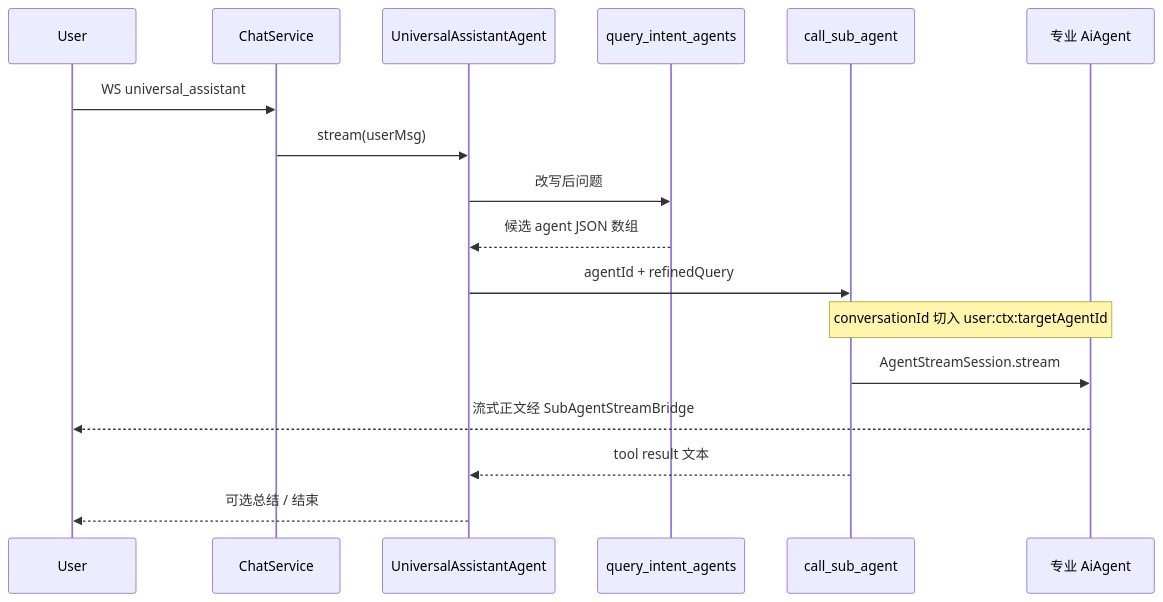
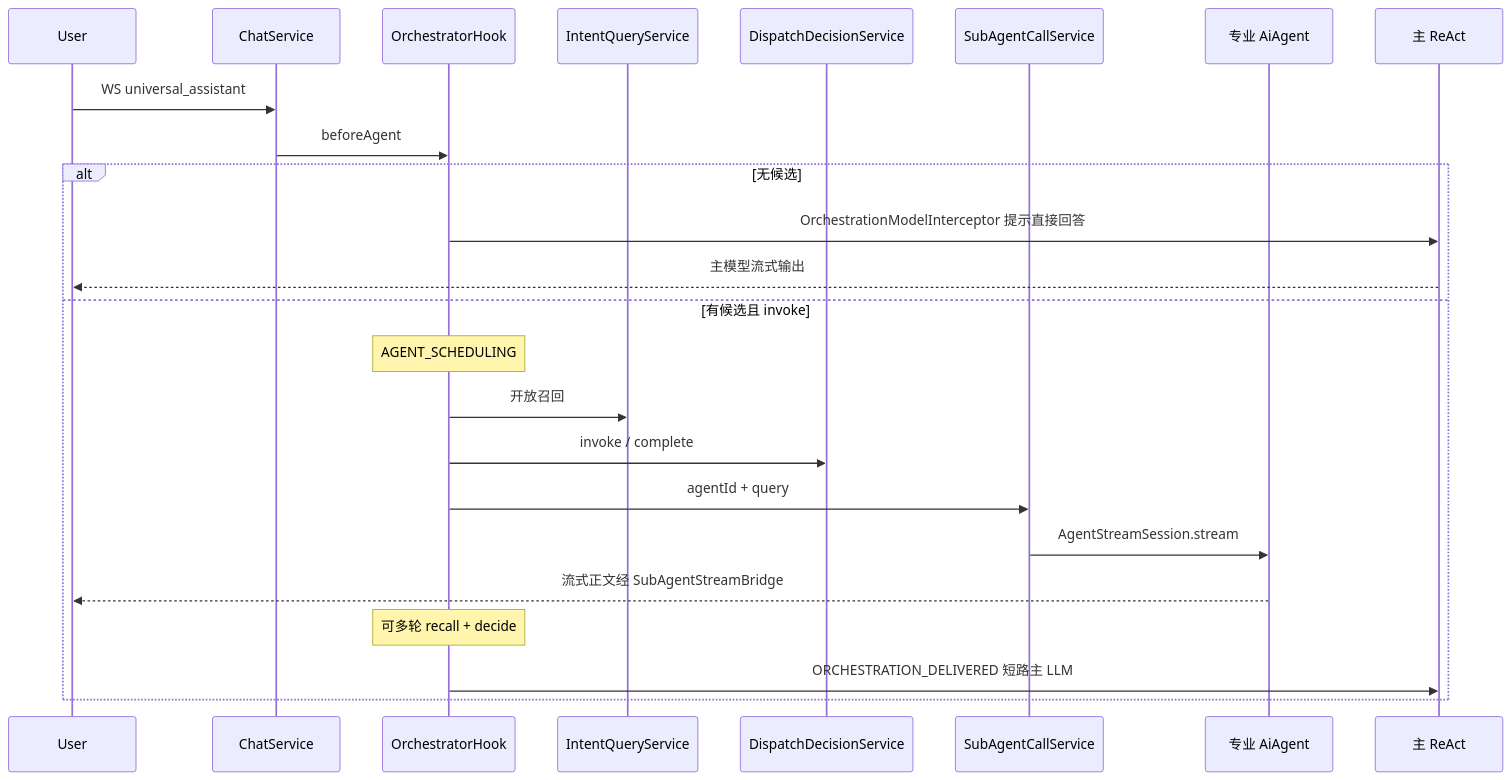
The second of 3 diagrams in 平台/通用助手/README.md (j2agent-ai/j2agent-docs), drawn with Mermaid before and after one commit. The commit also changed other lines of this file and 7 other files, not shown here.

First line of the commit message:
feat(universal): 实现通用助手被动意图召回与子智能体编排调度

````diff
--- a/平台/通用助手/README.md
+++ b/平台/通用助手/README.md
@@ -39,20 +42,27 @@
 ```mermaid
 sequenceDiagram
   participant User
   participant ChatService
-  participant Universal as UniversalAssistantAgent
-  participant Intent as query_intent_agents
-  participant Call as call_sub_agent
+  participant Hook as OrchestratorHook
+  participant Svc as IntentQueryService
+  participant Decide as DispatchDecisionService
+  participant Call as SubAgentCallService
   participant Specialist as 专业 AiAgent
+  participant Main as 主 ReAct
 
   User->>ChatService: WS universal_assistant
-  ChatService->>Universal: stream(userMsg)
-  Universal->>Intent: 改写后问题
-  Intent-->>Universal: 候选 agent JSON 数组
-  Universal->>Call: agentId + refinedQuery
-  Note over Call,Specialist: conversationId 切入 user:ctx:targetAgentId
-  Call->>Specialist: AgentStreamSession.stream
-  Specialist-->>User: 流式正文经 SubAgentStreamBridge
-  Call-->>Universal: tool result 文本
-  Universal-->>User: 可选总结 / 结束
+  ChatService->>Hook: beforeAgent
+  alt 无候选
+    Hook->>Main: OrchestrationModelInterceptor 提示直接回答
+    Main-->>User: 主模型流式输出
+  else 有候选且 invoke
+    Note over Hook: AGENT_SCHEDULING
+    Hook->>Svc: 开放召回
+    Hook->>Decide: invoke / complete
+    Hook->>Call: agentId + query
+    Call->>Specialist: AgentStreamSession.stream
+    Specialist-->>User: 流式正文经 SubAgentStreamBridge
+    Note over Hook: 可多轮 recall + decide
+    Hook->>Main: ORCHESTRATION_DELIVERED 短路主 LLM
+  end
 ```
````
